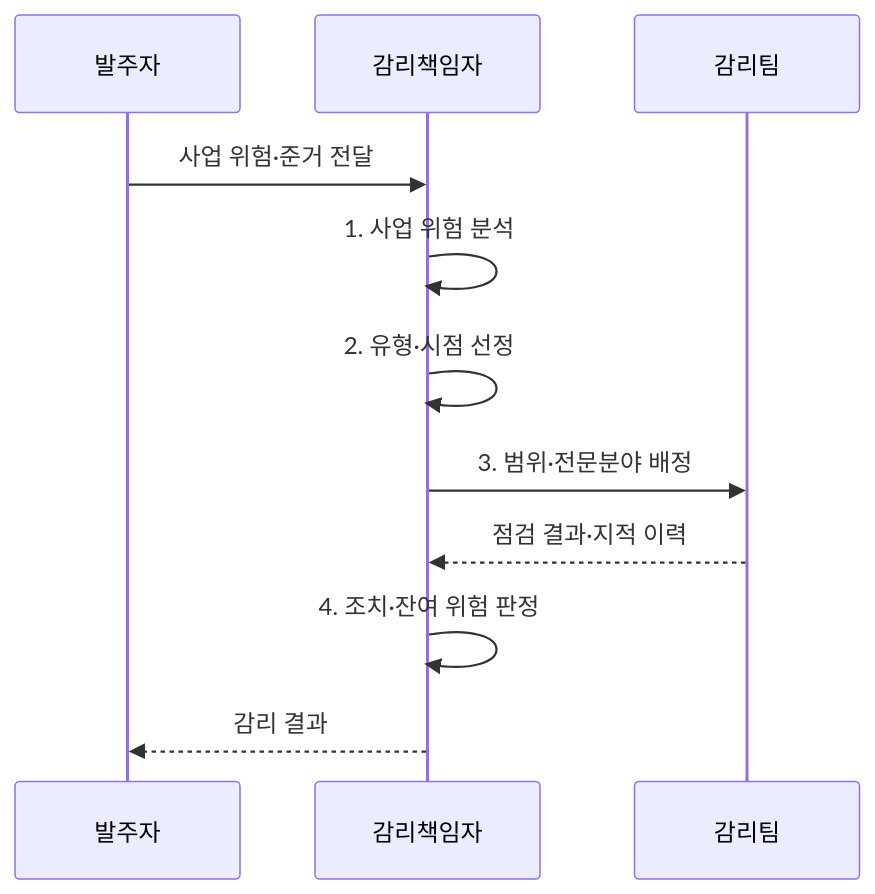
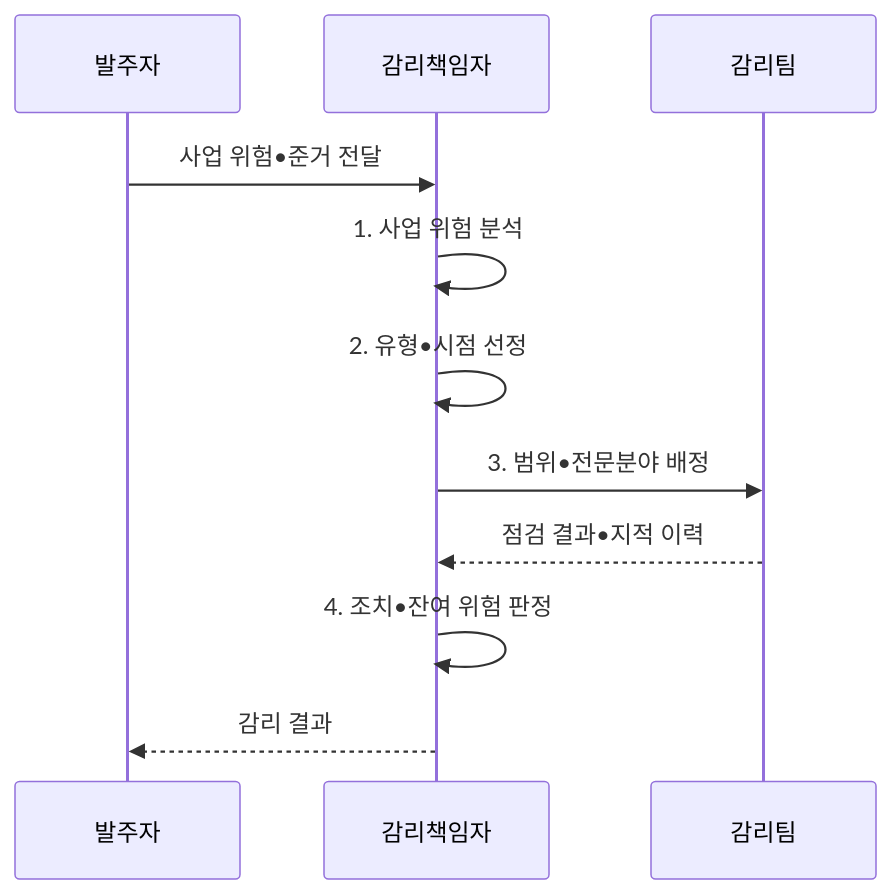
The second of 2 diagrams in src/content/docs/notes/06-evaluation/043_audit_types.md (agnusdei1207/knowledge-base), drawn with Mermaid before and after one commit. The commit also changed other lines of this file and 953 other files, not shown here.

````diff
--- a/src/content/docs/notes/06-evaluation/043_audit_types.md
+++ b/src/content/docs/notes/06-evaluation/043_audit_types.md
@@ -103,13 +103,13 @@
 ```mermaid
 sequenceDiagram
     participant C as 발주자
     participant A as 감리책임자
     participant T as 감리팀
-    C->>A: 사업 위험·준거 전달
+    C->>A: 사업 위험•준거 전달
     A->>A: 1. 사업 위험 분석
-    A->>A: 2. 유형·시점 선정
-    A->>T: 3. 범위·전문분야 배정
-    T-->>A: 점검 결과·지적 이력
-    A->>A: 4. 조치·잔여 위험 판정
+    A->>A: 2. 유형•시점 선정
+    A->>T: 3. 범위•전문분야 배정
+    T-->>A: 점검 결과•지적 이력
+    A->>A: 4. 조치•잔여 위험 판정
     A-->>C: 감리 결과
 ```
````
